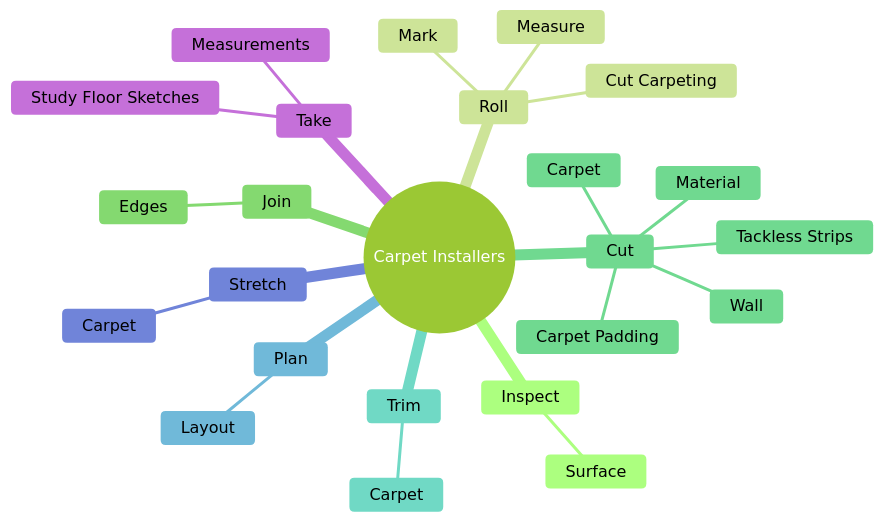
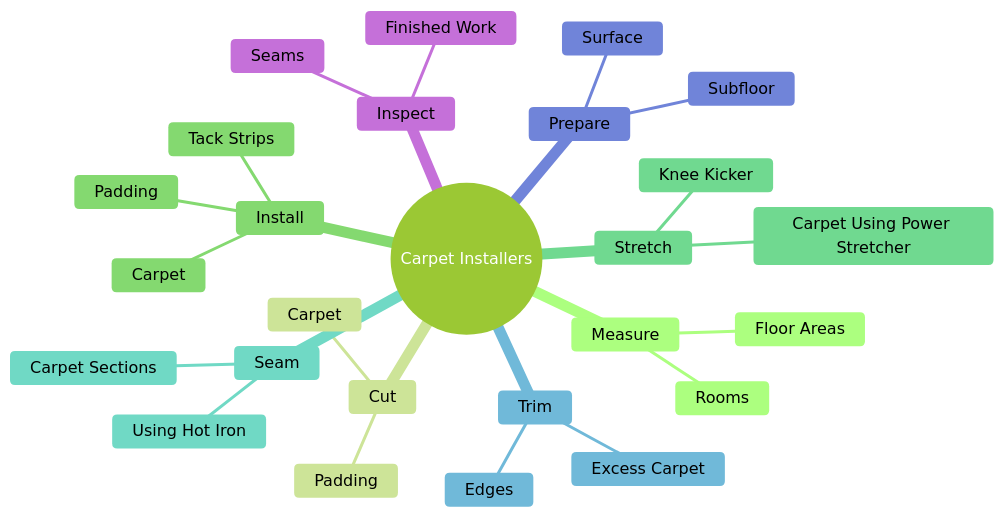
Before and after one commit to kziemski/business.org.ai: the second of 4 diagrams in occupations/Construction/CarpetInstallers.mdx, drawn with Mermaid (forest theme). The commit also changed other lines of this file and 938 other files, not shown here.

````diff
--- a/occupations/Construction/CarpetInstallers.mdx
+++ b/occupations/Construction/CarpetInstallers.mdx
@@ -37,27 +50,29 @@
 ```mermaid
 mindmap
     root(("Carpet Installers"))
-        Inspect
-            Surface
-        Roll
-            Measure
-            Mark
-            Cut Carpeting
-        Join
-            Edges
+        Measure
+            Floor Areas
+            Rooms
         Cut
             Carpet
-            Tackless Strips
-            Wall
-            Carpet Padding
-            Material
+            Padding
+        Install
+            Tack Strips
+            Padding
+            Carpet
+        Stretch
+            Carpet Using Power Stretcher
+            Knee Kicker
+        Seam
+            Carpet Sections
+            Using Hot Iron
         Trim
-            Carpet
-        Plan
-            Layout
-        Stretch
-            Carpet
-        Take
-            Measurements
-            Study Floor Sketches
+            Excess Carpet
+            Edges
+        Prepare
+            Subfloor
+            Surface
+        Inspect
+            Finished Work
+            Seams
 ```
````
